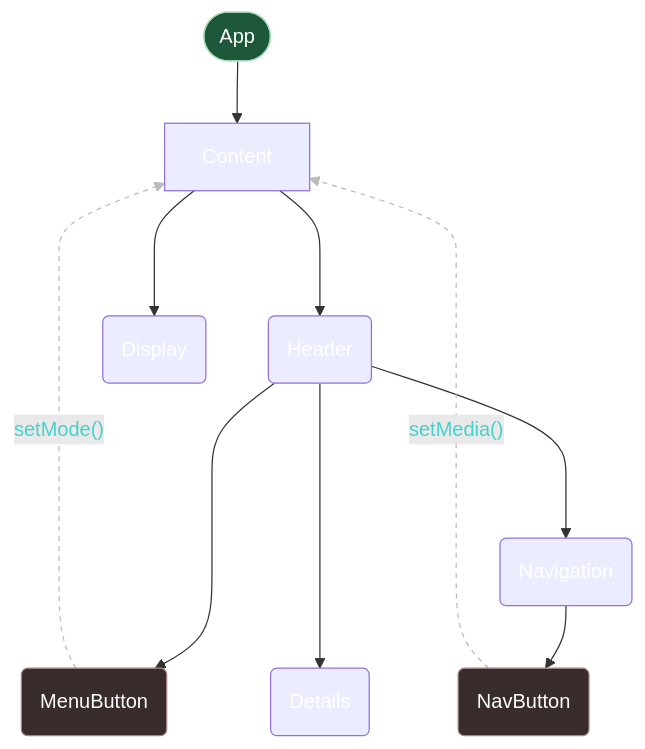
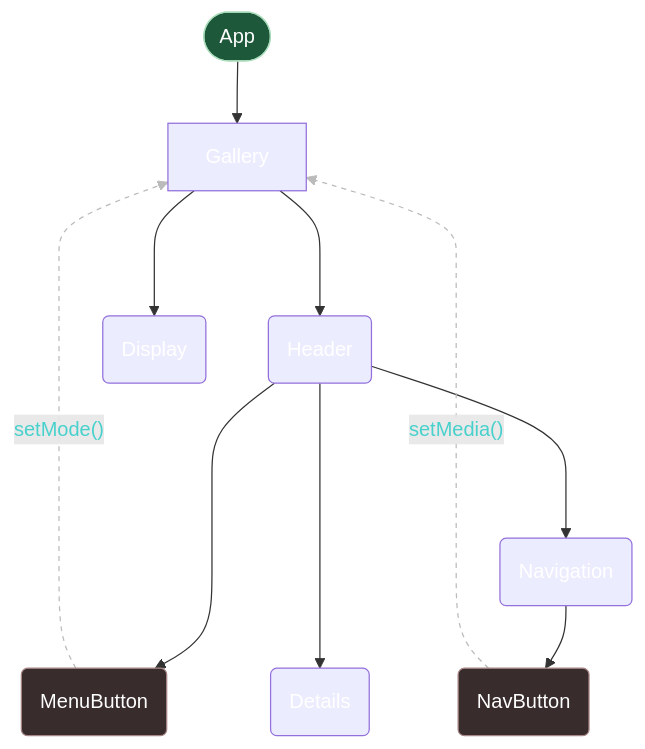
Before and after one commit to xram64/tma-react-gallery: the diagram in README.md, drawn with Mermaid. The commit also changed 9 other files, not shown here.

````diff
--- a/README.md
+++ b/README.md
@@ -4,32 +4,32 @@
 ```mermaid
 
 graph TD
     %% Flowchart %%
     A([App])
     
-    A --> C[Content]
+    A --> C[Gallery]
 
     C ---> HD(Header)
     C ---> DS(Display)
 
     HD ----> mn_b(MenuButton)
     HD ---> nv(Navigation)
     HD ----> dt(Details)
 
     nv --> nv_b(NavButton)
 
     mn_b -. "setMode()"  ....-> C
     nv_b -. "setMedia()" ...-> C
 
 
 
     %% Styling %%
     classDef root color:#fff,fill:#1d583a,stroke:#adb;
     class A root;
     
     classDef helper fill:#382c2c,stroke:#a88686;
     class mn_b,nv_b helper;
 
     linkStyle 7,8 stroke:#bbb,stroke-width:1px,stroke-dasharray:4,color:MediumTurquoise;
 
 ```
````
